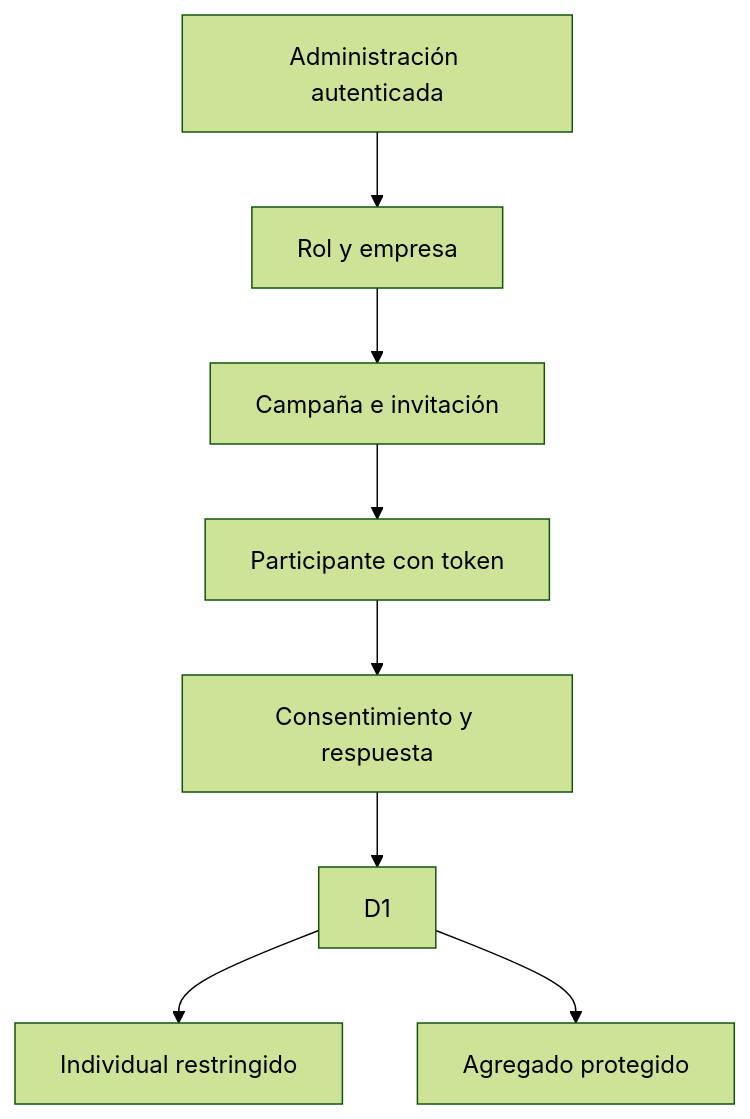
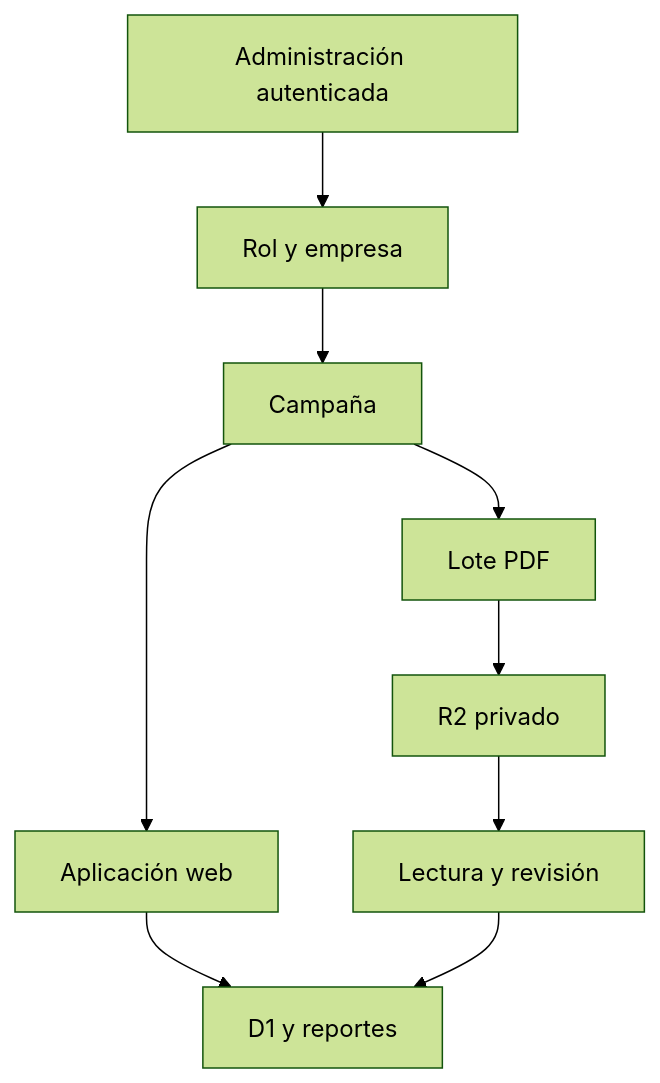
One commit to jaimeruizf83/BRPS_2026ruiz changed the diagram in docs/ARQUITECTURA.md. Above: the diagram before and after it, drawn with Mermaid (forest theme). The commit also changed other lines of this file and 34 other files, not shown here.

````diff
--- a/docs/ARQUITECTURA.md
+++ b/docs/ARQUITECTURA.md
@@ -3,10 +3,11 @@
 ```mermaid
 flowchart TD
   A[Administración autenticada] --> B[Rol y empresa]
-  B --> C[Campaña e invitación]
-  C --> D[Participante con token]
-  D --> E[Consentimiento y respuesta]
-  E --> F[D1]
-  F --> G[Individual restringido]
-  F --> H[Agregado protegido]
+  B --> C[Campaña]
+  C --> D[Aplicación web]
+  C --> E[Lote PDF]
+  D --> F[D1 y reportes]
+  E --> G[R2 privado]
+  G --> H[Lectura y revisión]
+  H --> F
 ```
````
